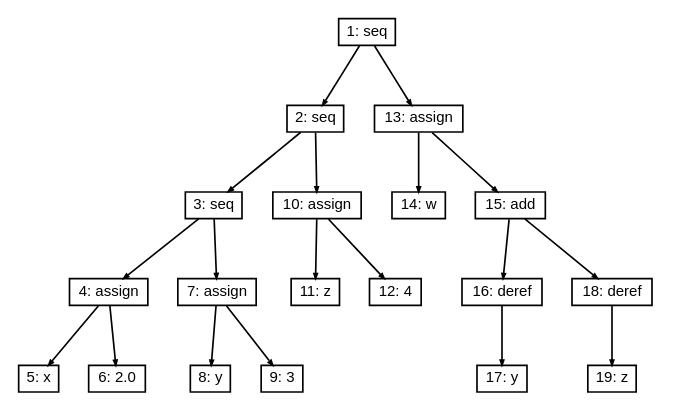
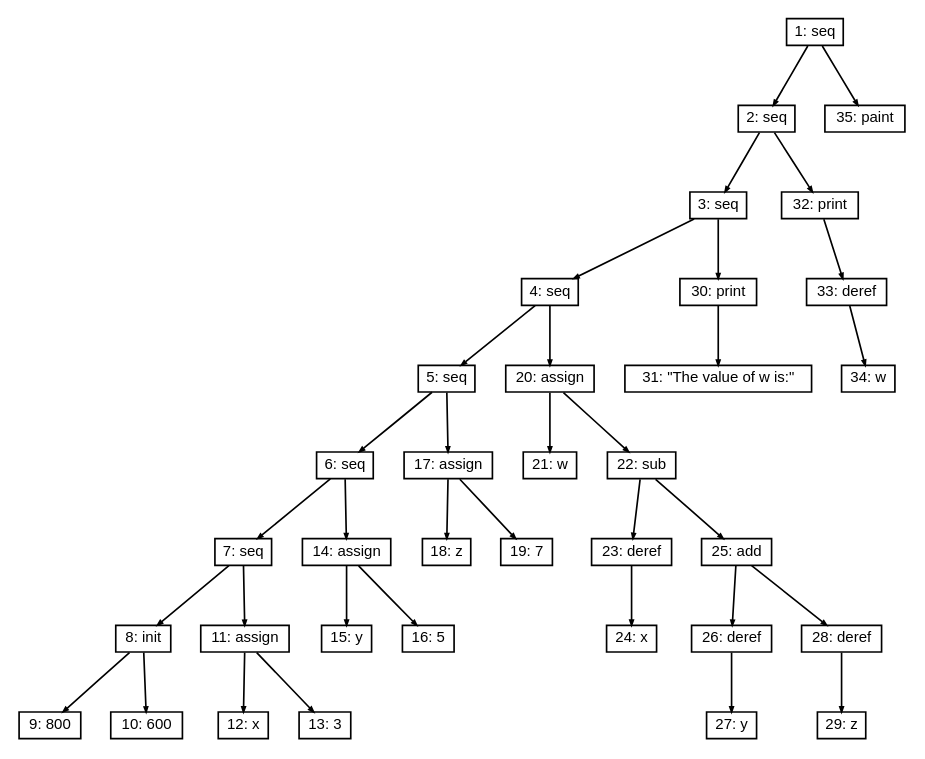
Before and after one commit to LemuelKL/HolloRay: the diagram in rdt.dot, drawn with Graphviz. The commit also changed 13 other files, not shown here.

```diff
--- a/rdt.dot
+++ b/rdt.dot
@@ -1,43 +1,75 @@
 digraph "RDT" {
 node[fontname=Helvetica fontsize=9 shape=box height = 0 width = 0 margin= 0.04]
 graph[ordering=out]
 edge[arrowsize = 0.3]
 
 "1"  [label="1: seq"]
 "1"->"2"
 "2"  [label="2: seq"]
 "2"->"3"
 "3"  [label="3: seq"]
 "3"->"4"
-"4"  [label="4: assign"]
+"4"  [label="4: seq"]
 "4"->"5"
-"5"  [label="5: x"]
-"4"->"6"
-"6"  [label="6: 2.0"]
-"3"->"7"
-"7"  [label="7: assign"]
+"5"  [label="5: seq"]
+"5"->"6"
+"6"  [label="6: seq"]
+"6"->"7"
+"7"  [label="7: seq"]
 "7"->"8"
-"8"  [label="8: y"]
-"7"->"9"
-"9"  [label="9: 3"]
-"2"->"10"
-"10"  [label="10: assign"]
-"10"->"11"
-"11"  [label="11: z"]
-"10"->"12"
-"12"  [label="12: 4"]
-"1"->"13"
-"13"  [label="13: assign"]
-"13"->"14"
-"14"  [label="14: w"]
-"13"->"15"
-"15"  [label="15: add"]
-"15"->"16"
-"16"  [label="16: deref"]
-"16"->"17"
-"17"  [label="17: y"]
-"15"->"18"
-"18"  [label="18: deref"]
-"18"->"19"
-"19"  [label="19: z"]
+"8"  [label="8: init"]
+"8"->"9"
+"9"  [label="9: 800"]
+"8"->"10"
+"10"  [label="10: 600"]
+"7"->"11"
+"11"  [label="11: assign"]
+"11"->"12"
+"12"  [label="12: x"]
+"11"->"13"
+"13"  [label="13: 3"]
+"6"->"14"
+"14"  [label="14: assign"]
+"14"->"15"
+"15"  [label="15: y"]
+"14"->"16"
+"16"  [label="16: 5"]
+"5"->"17"
+"17"  [label="17: assign"]
+"17"->"18"
+"18"  [label="18: z"]
+"17"->"19"
+"19"  [label="19: 7"]
+"4"->"20"
+"20"  [label="20: assign"]
+"20"->"21"
+"21"  [label="21: w"]
+"20"->"22"
+"22"  [label="22: sub"]
+"22"->"23"
+"23"  [label="23: deref"]
+"23"->"24"
+"24"  [label="24: x"]
+"22"->"25"
+"25"  [label="25: add"]
+"25"->"26"
+"26"  [label="26: deref"]
+"26"->"27"
+"27"  [label="27: y"]
+"25"->"28"
+"28"  [label="28: deref"]
+"28"->"29"
+"29"  [label="29: z"]
+"3"->"30"
+"30"  [label="30: print"]
+"30"->"31"
+"31"  [label="31: \"The value of w is:\""]
+"2"->"32"
+"32"  [label="32: print"]
+"32"->"33"
+"33"  [label="33: deref"]
+"33"->"34"
+"34"  [label="34: w"]
+"1"->"35"
+"35"  [label="35: paint"]
 }
```
